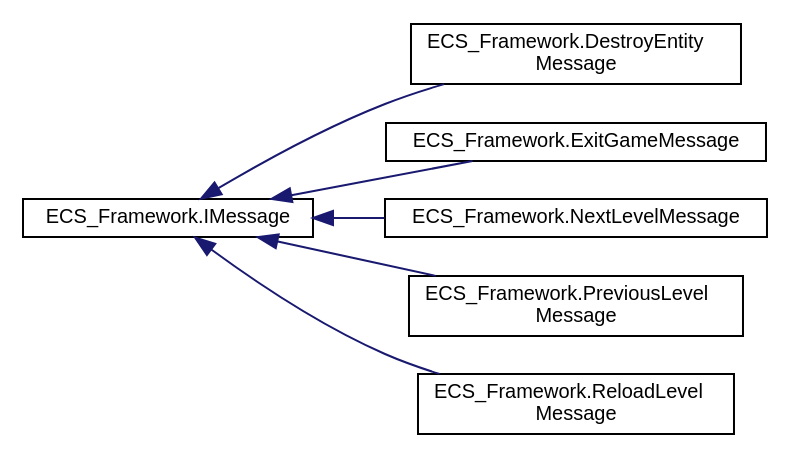
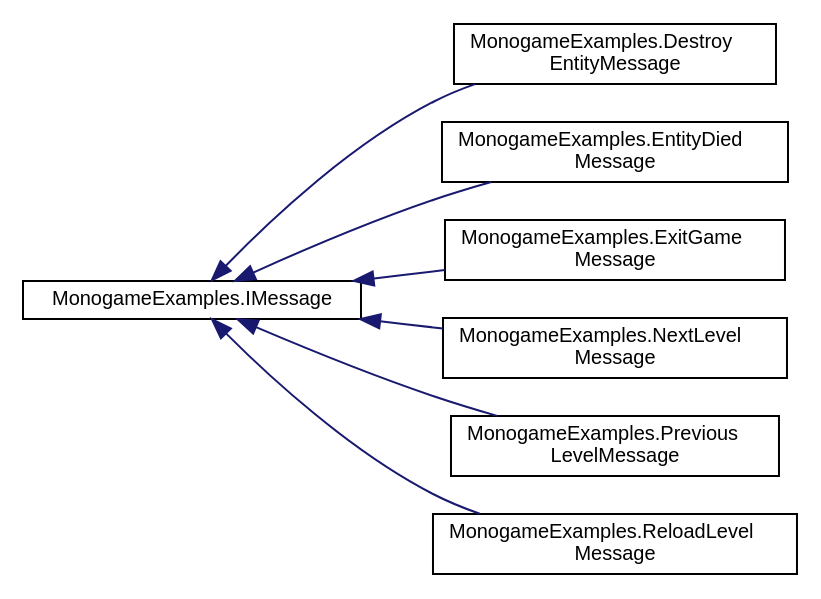
The diagram in docs/inherit_graph_5.dot (DreamyStranger/MonoGame-Platformer), drawn with Graphviz before and after one commit. The commit also changed 344 other files, not shown here.

```diff
--- a/docs/inherit_graph_5.dot
+++ b/docs/inherit_graph_5.dot
@@ -1,18 +1,20 @@
 digraph "Graphical Class Hierarchy"
 {
  // LATEX_PDF_SIZE
   edge [fontname="Helvetica",fontsize="10",labelfontname="Helvetica",labelfontsize="10"];
   node [fontname="Helvetica",fontsize="10",shape=record];
   rankdir="LR";
-  Node0 [label="ECS_Framework.IMessage",height=0.2,width=0.4,color="black", fillcolor="white", style="filled",URL="$interfaceECS__Framework_1_1IMessage.html",tooltip="Represents a message that can be published and subscribed to."];
+  Node0 [label="MonogameExamples.IMessage",height=0.2,width=0.4,color="black", fillcolor="white", style="filled",URL="$interfaceMonogameExamples_1_1IMessage.html",tooltip="Represents a message that can be published and subscribed to."];
   Node0 -> Node1 [dir="back",color="midnightblue",fontsize="10",style="solid",fontname="Helvetica"];
-  Node1 [label="ECS_Framework.DestroyEntity\lMessage",height=0.2,width=0.4,color="black", fillcolor="white", style="filled",URL="$classECS__Framework_1_1DestroyEntityMessage.html",tooltip="Represents a message that indicates an entity should be destroyed. Implements the IMessage interface ..."];
+  Node1 [label="MonogameExamples.Destroy\lEntityMessage",height=0.2,width=0.4,color="black", fillcolor="white", style="filled",URL="$classMonogameExamples_1_1DestroyEntityMessage.html",tooltip="Represents a message that indicates an entity should be destroyed. Implements the IMessage interface ..."];
   Node0 -> Node2 [dir="back",color="midnightblue",fontsize="10",style="solid",fontname="Helvetica"];
-  Node2 [label="ECS_Framework.ExitGameMessage",height=0.2,width=0.4,color="black", fillcolor="white", style="filled",URL="$classECS__Framework_1_1ExitGameMessage.html",tooltip="Represents a message that indicates the game should exit. Implements the IMessage interface for use w..."];
+  Node2 [label="MonogameExamples.EntityDied\lMessage",height=0.2,width=0.4,color="black", fillcolor="white", style="filled",URL="$classMonogameExamples_1_1EntityDiedMessage.html",tooltip="Messages that given Entity has died. Implements the IMessage interface for use with the MessageBus."];
   Node0 -> Node3 [dir="back",color="midnightblue",fontsize="10",style="solid",fontname="Helvetica"];
-  Node3 [label="ECS_Framework.NextLevelMessage",height=0.2,width=0.4,color="black", fillcolor="white", style="filled",URL="$classECS__Framework_1_1NextLevelMessage.html",tooltip="Represents a message that indicates the game should proceed to the next level. Implements the IMessag..."];
+  Node3 [label="MonogameExamples.ExitGame\lMessage",height=0.2,width=0.4,color="black", fillcolor="white", style="filled",URL="$classMonogameExamples_1_1ExitGameMessage.html",tooltip="Represents a message that indicates the game should exit. Implements the IMessage interface for use w..."];
   Node0 -> Node4 [dir="back",color="midnightblue",fontsize="10",style="solid",fontname="Helvetica"];
-  Node4 [label="ECS_Framework.PreviousLevel\lMessage",height=0.2,width=0.4,color="black", fillcolor="white", style="filled",URL="$classECS__Framework_1_1PreviousLevelMessage.html",tooltip="Represents a message that indicates the game should revert to the previous level. Implements the IMes..."];
+  Node4 [label="MonogameExamples.NextLevel\lMessage",height=0.2,width=0.4,color="black", fillcolor="white", style="filled",URL="$classMonogameExamples_1_1NextLevelMessage.html",tooltip="Represents a message that indicates the game should proceed to the next level. Implements the IMessag..."];
   Node0 -> Node5 [dir="back",color="midnightblue",fontsize="10",style="solid",fontname="Helvetica"];
-  Node5 [label="ECS_Framework.ReloadLevel\lMessage",height=0.2,width=0.4,color="black", fillcolor="white", style="filled",URL="$classECS__Framework_1_1ReloadLevelMessage.html",tooltip="Represents a message that indicates the current game level should be reloaded. Implements the IMessag..."];
+  Node5 [label="MonogameExamples.Previous\lLevelMessage",height=0.2,width=0.4,color="black", fillcolor="white", style="filled",URL="$classMonogameExamples_1_1PreviousLevelMessage.html",tooltip="Represents a message that indicates the game should revert to the previous level. Implements the IMes..."];
+  Node0 -> Node6 [dir="back",color="midnightblue",fontsize="10",style="solid",fontname="Helvetica"];
+  Node6 [label="MonogameExamples.ReloadLevel\lMessage",height=0.2,width=0.4,color="black", fillcolor="white", style="filled",URL="$classMonogameExamples_1_1ReloadLevelMessage.html",tooltip="Represents a message that indicates the current game level should be reloaded. Implements the IMessag..."];
 }
```
